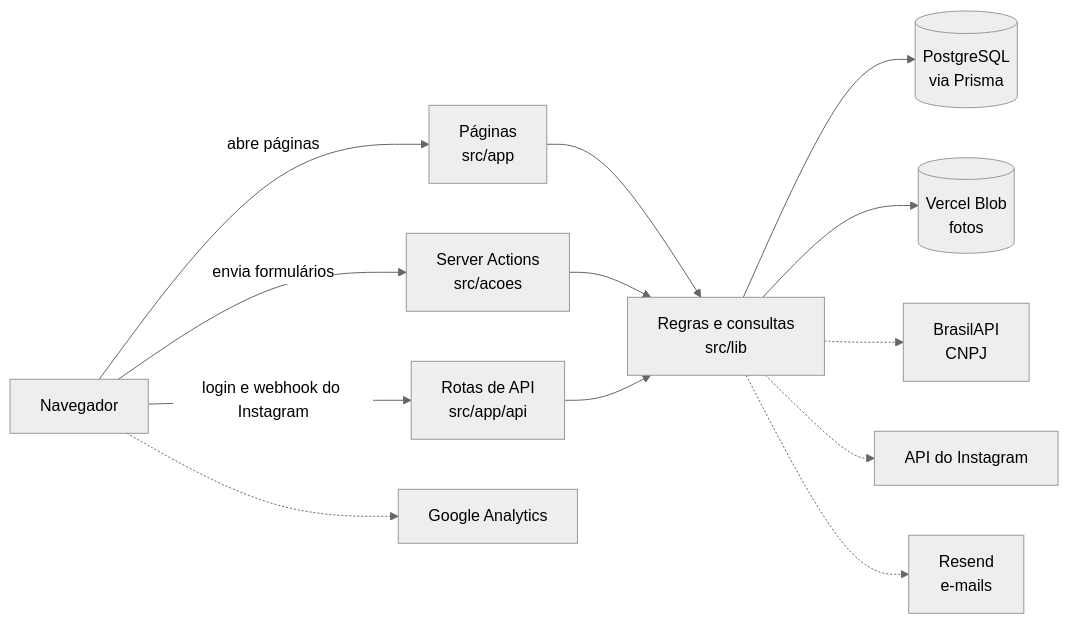
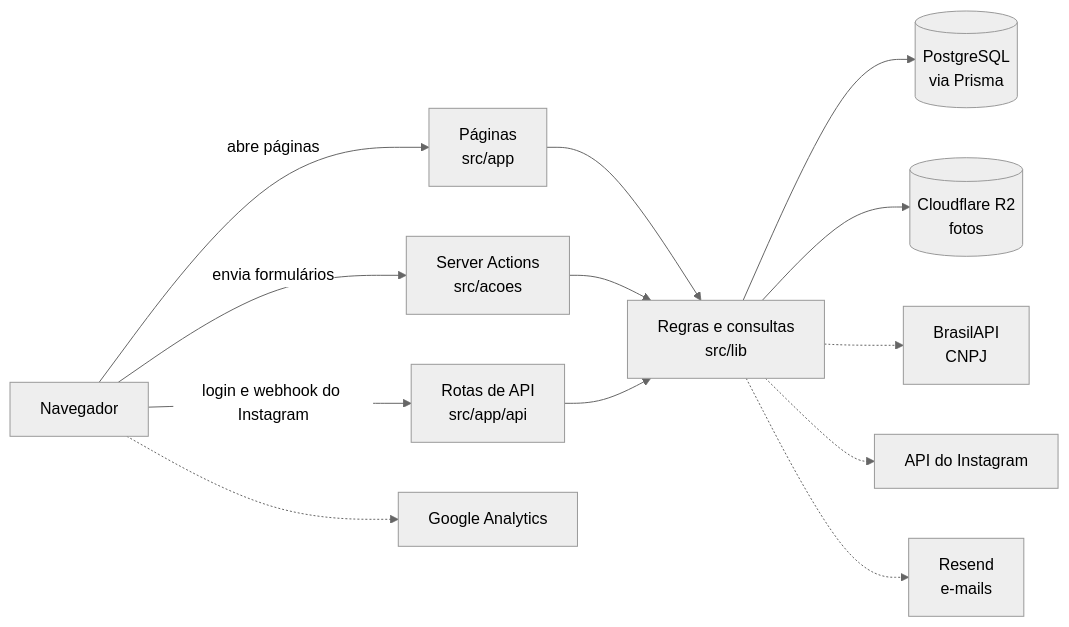
The first of 2 diagrams in docs/como-foi-feito.md (DeborAguiar/Negocio-do-bem), drawn with Mermaid (neutral theme) before and after one commit. The commit also changed other lines of this file and 31 other files, not shown here.

First line of the commit message:
Migra deploy e fotos para Cloudflare (#154)

````diff
--- a/docs/como-foi-feito.md
+++ b/docs/como-foi-feito.md
@@ -409,15 +409,15 @@
 ```mermaid
 flowchart LR
     N[Navegador] -->|abre páginas| P[Páginas<br>src/app]
     N -->|envia formulários| A[Server Actions<br>src/acoes]
     N -->|login e webhook do Instagram| R[Rotas de API<br>src/app/api]
     P --> L[Regras e consultas<br>src/lib]
     A --> L
     R --> L
     L --> DB[(PostgreSQL<br>via Prisma)]
-    L --> B[(Vercel Blob<br>fotos)]
+    L --> B[(Cloudflare R2<br>fotos)]
     L -.-> BR[BrasilAPI<br>CNPJ]
     L -.-> IG[API do Instagram]
     L -.-> RS[Resend<br>e-mails]
     N -.-> GA[Google Analytics]
 ```
````
